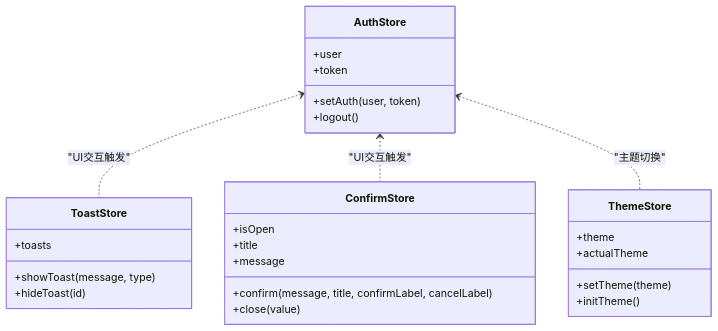
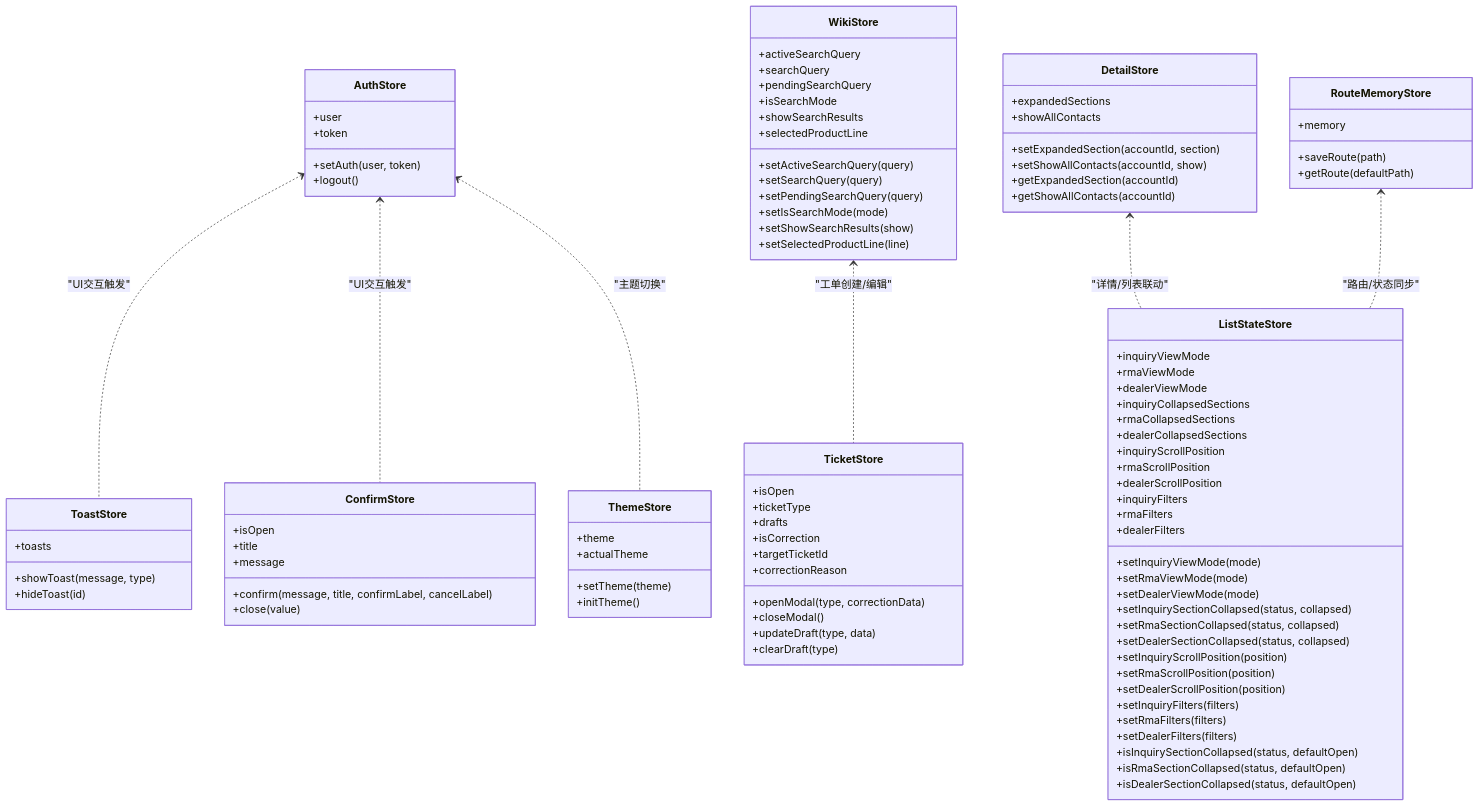
One commit to CubeEdge/Longhorn changed the fourth of 33 diagrams in .qoder/repowiki/zh/content/前端组件架构/前端组件架构.md. Above: the diagram before and after it, drawn with Mermaid. The commit also changed other lines of this file and 53 other files, not shown here.

````diff
--- a/.qoder/repowiki/zh/content/前端组件架构/前端组件架构.md
+++ b/.qoder/repowiki/zh/content/前端组件架构/前端组件架构.md
@@ -391,7 +399,78 @@
 +setTheme(theme)
 +initTheme()
 }
+class WikiStore {
++activeSearchQuery
++searchQuery
++pendingSearchQuery
++isSearchMode
++showSearchResults
++selectedProductLine
++setActiveSearchQuery(query)
++setSearchQuery(query)
++setPendingSearchQuery(query)
++setIsSearchMode(mode)
++setShowSearchResults(show)
++setSelectedProductLine(line)
+}
+class TicketStore {
++isOpen
++ticketType
++drafts
++isCorrection
++targetTicketId
++correctionReason
++openModal(type, correctionData)
++closeModal()
++updateDraft(type, data)
++clearDraft(type)
+}
+class DetailStore {
++expandedSections
++showAllContacts
++setExpandedSection(accountId, section)
++setShowAllContacts(accountId, show)
++getExpandedSection(accountId)
++getShowAllContacts(accountId)
+}
+class ListStateStore {
++inquiryViewMode
++rmaViewMode
++dealerViewMode
++inquiryCollapsedSections
++rmaCollapsedSections
++dealerCollapsedSections
++inquiryScrollPosition
++rmaScrollPosition
++dealerScrollPosition
++inquiryFilters
++rmaFilters
++dealerFilters
++setInquiryViewMode(mode)
++setRmaViewMode(mode)
++setDealerViewMode(mode)
++setInquirySectionCollapsed(status, collapsed)
++setRmaSectionCollapsed(status, collapsed)
++setDealerSectionCollapsed(status, collapsed)
++setInquiryScrollPosition(position)
++setRmaScrollPosition(position)
++setDealerScrollPosition(position)
++setInquiryFilters(filters)
++setRmaFilters(filters)
++setDealerFilters(filters)
++isInquirySectionCollapsed(status, defaultOpen)
++isRmaSectionCollapsed(status, defaultOpen)
++isDealerSectionCollapsed(status, defaultOpen)
+}
+class RouteMemoryStore {
++memory
++saveRoute(path)
++getRoute(defaultPath)
+}
 AuthStore <.. ToastStore : "UI交互触发"
 AuthStore <.. ConfirmStore : "UI交互触发"
 AuthStore <.. ThemeStore : "主题切换"
+WikiStore <.. TicketStore : "工单创建/编辑"
+DetailStore <.. ListStateStore : "详情/列表联动"
+RouteMemoryStore <.. ListStateStore : "路由/状态同步"
 ```
````
